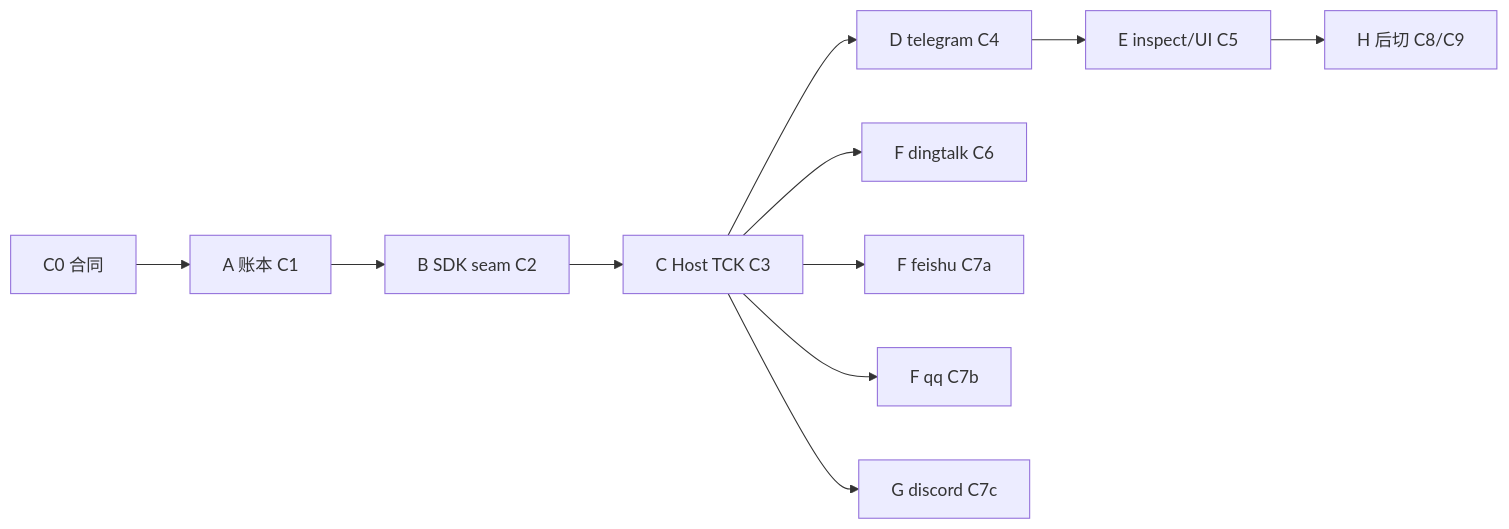
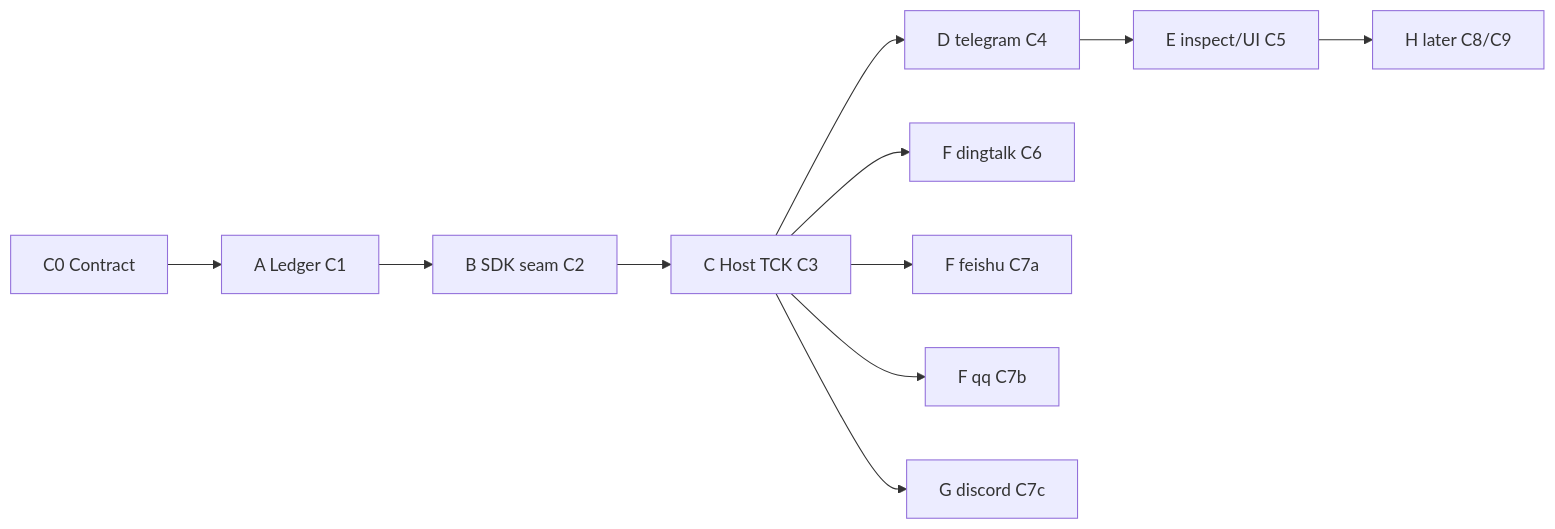
The second of 2 diagrams in docs/architecture/VIVY-CHANNEL-EVOLUTION.md (ProjectViVy/agent-vivy), drawn with Mermaid before and after one commit. The commit also changed other lines of this file and 563 other files, not shown here.

````diff
--- a/docs/architecture/VIVY-CHANNEL-EVOLUTION.md
+++ b/docs/architecture/VIVY-CHANNEL-EVOLUTION.md
@@ -236,13 +236,13 @@
 ```mermaid
 flowchart LR
-  C0[C0 合同] --> A[A 账本 C1]
+  C0[C0 Contract] --> A[A Ledger C1]
   A --> B[B SDK seam C2]
   B --> C[C Host TCK C3]
   C --> D[D telegram C4]
   C --> F1[F dingtalk C6]
   C --> F2[F feishu C7a]
   C --> F3[F qq C7b]
   C --> G[G discord C7c]
   D --> E[E inspect/UI C5]
-  E --> H[H 后切 C8/C9]
+  E --> H["H later C8/C9"]
 ```
````
